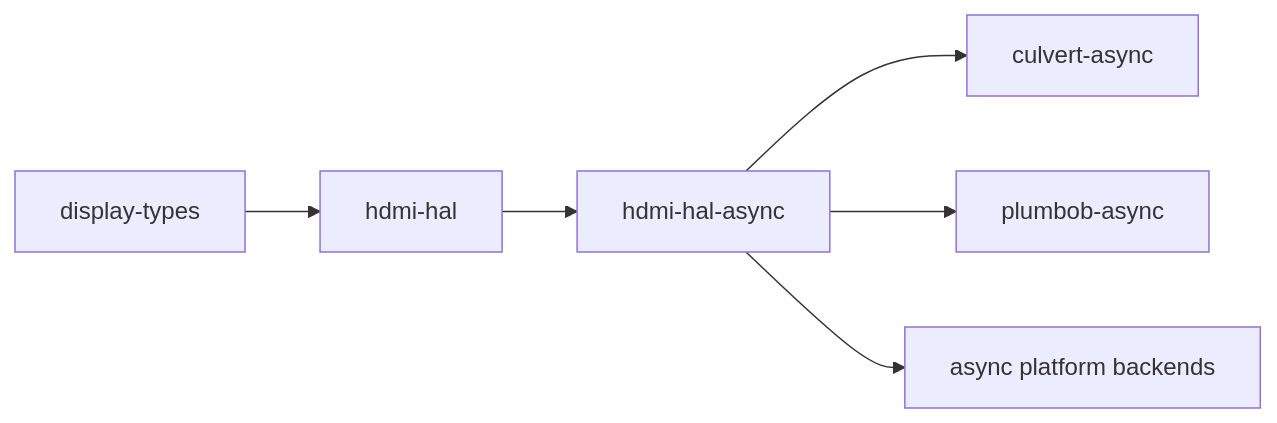
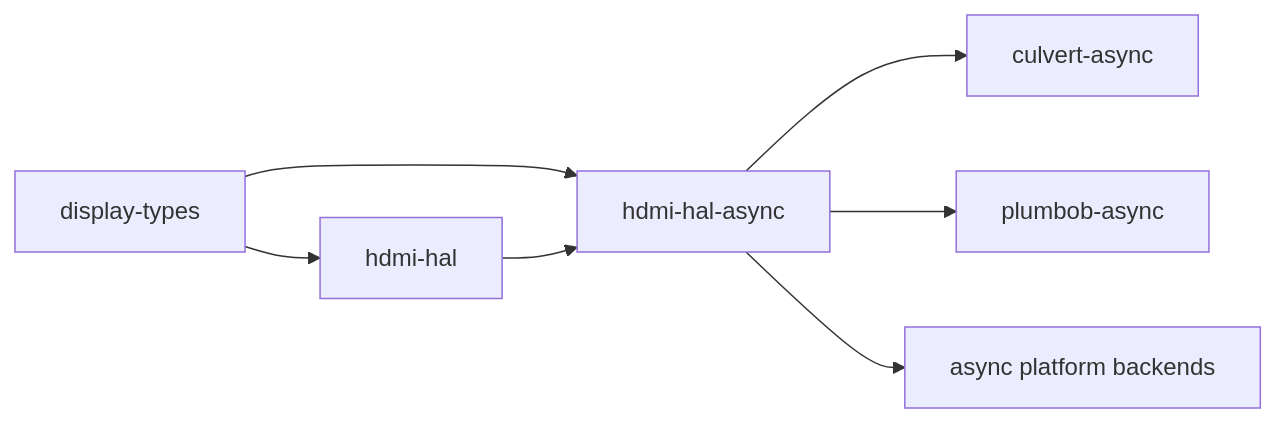
One commit to DracoWhitefire/hdmi-hal-async changed the diagram in README.md. Above: the diagram before and after it, drawn with Mermaid. The commit also changed other lines of this file and 10 other files, not shown here.

````diff
--- a/README.md
+++ b/README.md
@@ -60,15 +60,16 @@
 ```mermaid
 flowchart LR
     dt["display-types"]
     hal["hdmi-hal"]
     async["hdmi-hal-async"]
     ca["culvert-async"]
     pa["plumbob-async"]
     be["async platform backends"]
 
     dt --> hal
+    dt --> async
     hal --> async
     async --> ca
     async --> pa
     async --> be
 ```
````
